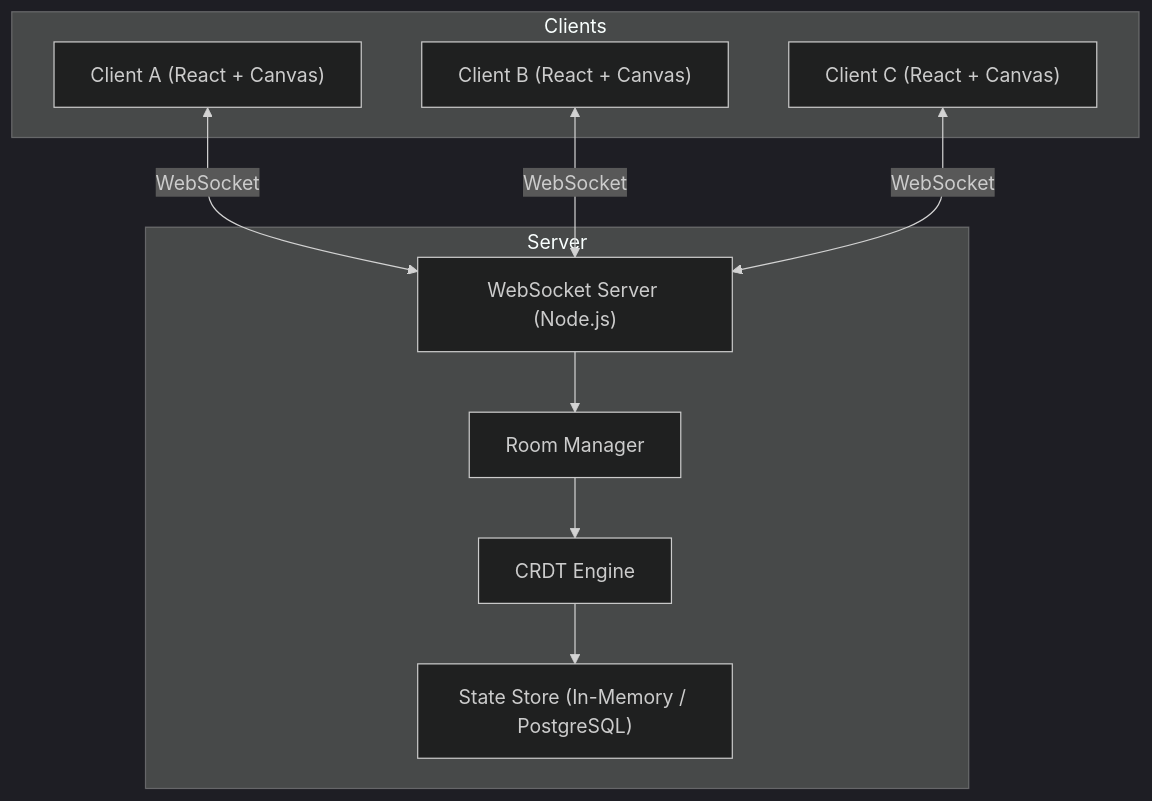
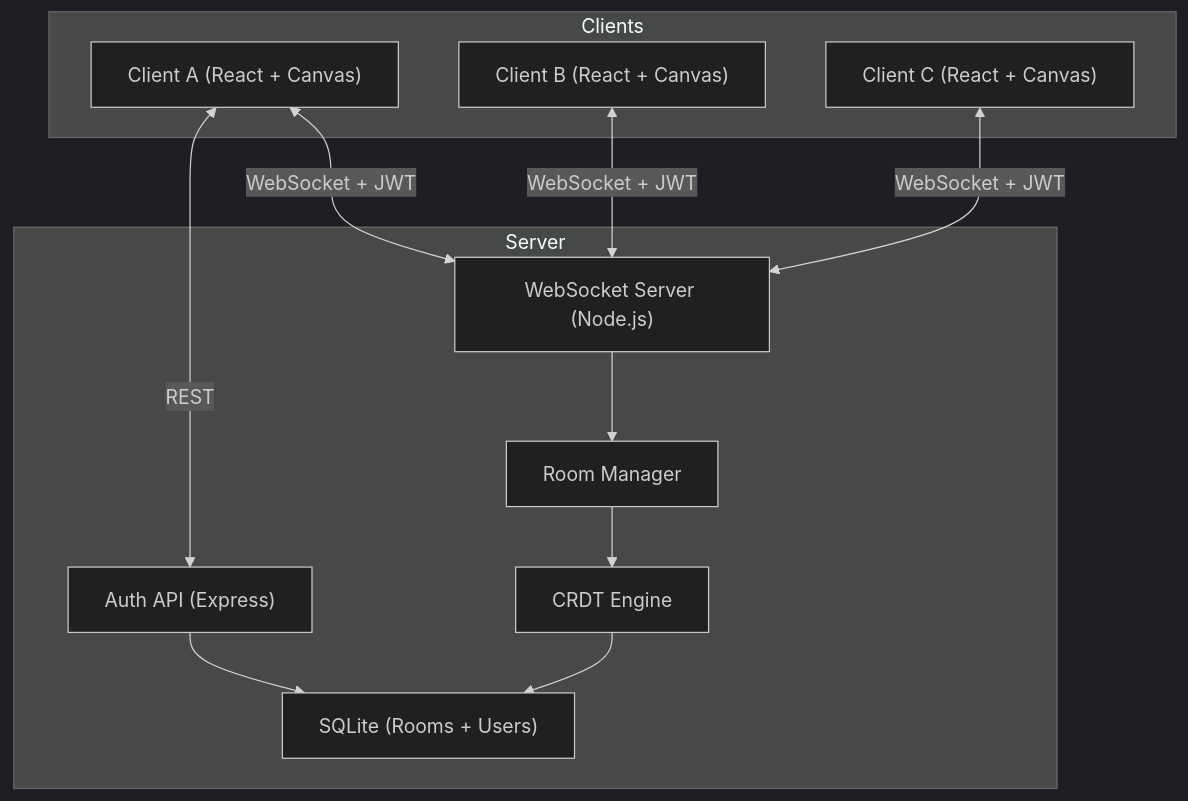
The first of 3 diagrams in ARCHITECTURE.md (Preeti0705/Collab-Whiteboard), drawn with Mermaid (dark theme) before and after one commit. The commit also changed other lines of this file and 9 other files, not shown here.

````diff
--- a/ARCHITECTURE.md
+++ b/ARCHITECTURE.md
@@ -5,22 +5,25 @@
 ```mermaid
 graph TB
     subgraph Clients
         C1["Client A (React + Canvas)"]
         C2["Client B (React + Canvas)"]
         C3["Client C (React + Canvas)"]
     end
 
     subgraph Server
+        AUTH["Auth API (Express)"]
         WS["WebSocket Server (Node.js)"]
         RM[Room Manager]
         CRDT[CRDT Engine]
-        STORE["State Store (In-Memory / PostgreSQL)"]
+        STORE["SQLite (Rooms + Users)"]
     end
 
-    C1 <-->|WebSocket| WS
-    C2 <-->|WebSocket| WS
-    C3 <-->|WebSocket| WS
+    C1 <-->|REST| AUTH
+    C1 <-->|WebSocket + JWT| WS
+    C2 <-->|WebSocket + JWT| WS
+    C3 <-->|WebSocket + JWT| WS
+    AUTH --> STORE
     WS --> RM
     RM --> CRDT
     CRDT --> STORE
 ```
````
